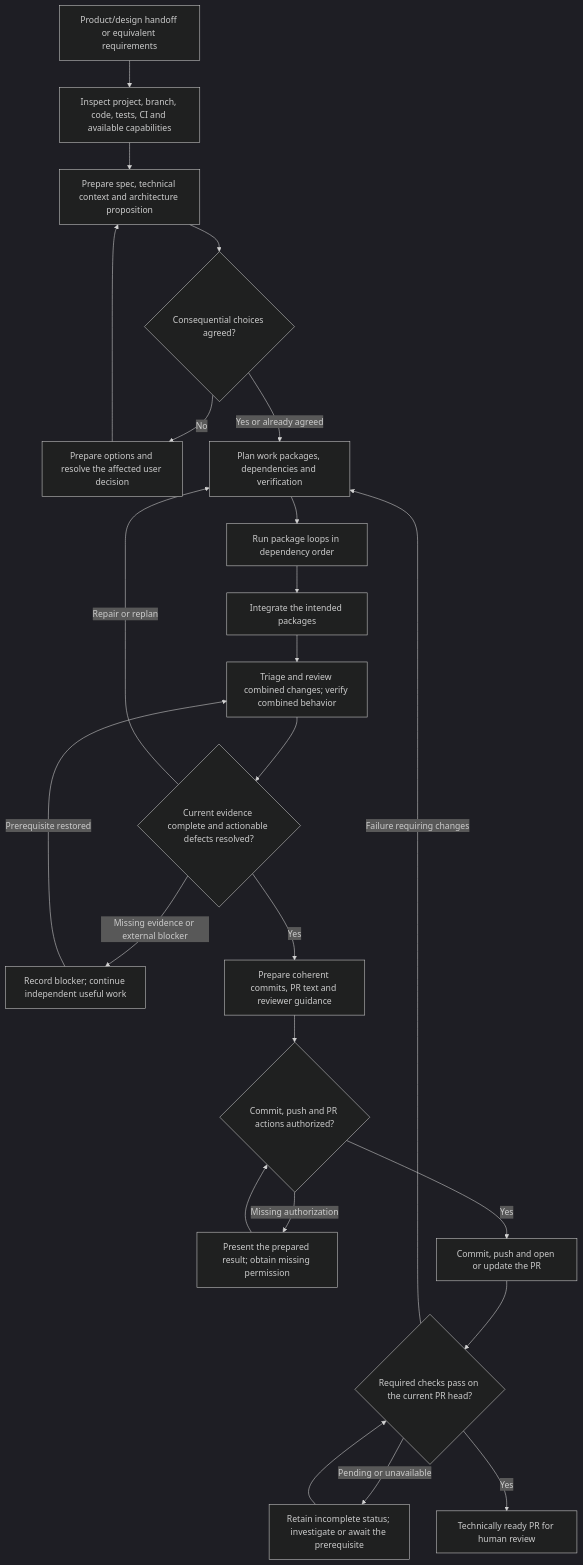
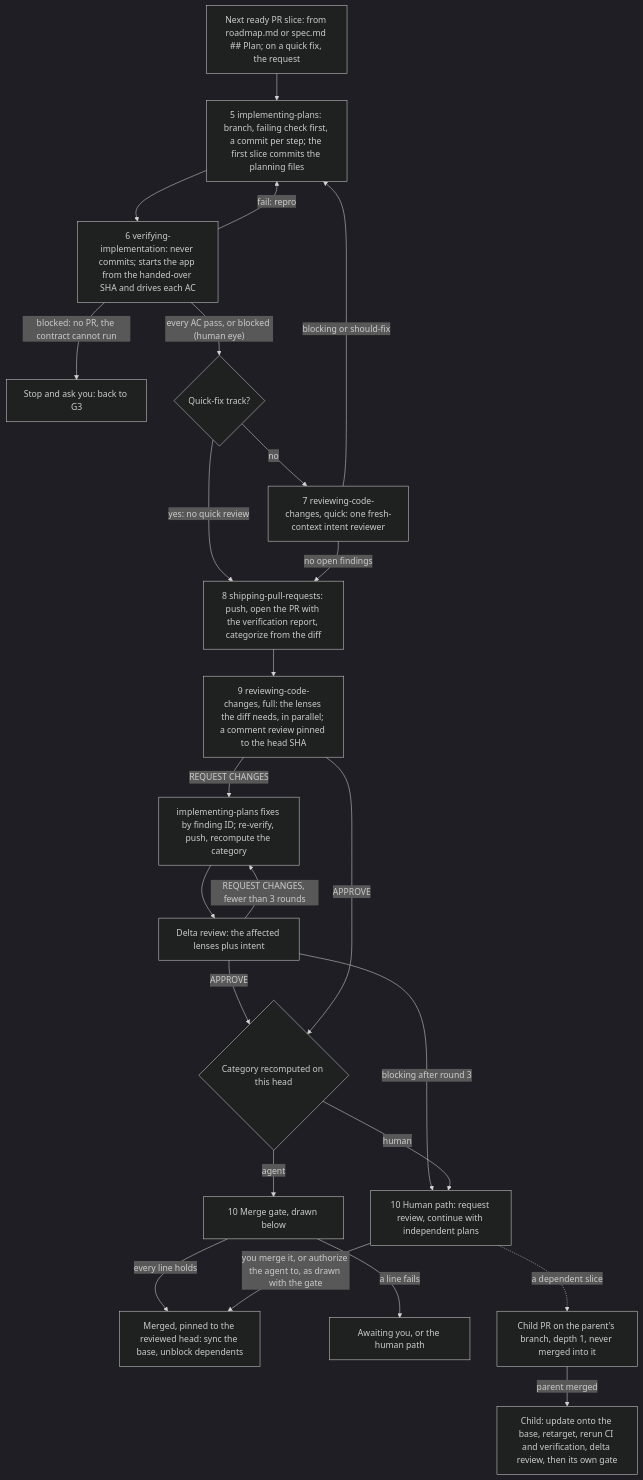
The second of 3 diagrams in evaluations/product-engineering/README.md (theultimate-dev/skills), drawn with Mermaid (dark theme) before and after one commit. The commit also changed other lines of this file and 11 other files, not shown here.

````diff
--- a/evaluations/product-engineering/README.md
+++ b/evaluations/product-engineering/README.md
@@ -9,26 +44,26 @@
 ```mermaid
 flowchart TD
-    Input["Product/design handoff or equivalent requirements"] --> Ground["Inspect project, branch, code, tests, CI and available capabilities"]
-    Ground --> Context["Prepare spec, technical context and architecture proposition"]
-    Context --> Agreement{"Consequential choices agreed?"}
-    Agreement -- "No" --> User["Prepare options and resolve the affected user decision"]
-    User --> Context
-    Agreement -- "Yes or already agreed" --> Plan["Plan work packages, dependencies and verification"]
-    Plan --> Packages["Run package loops in dependency order"]
-    Packages --> Integrate["Integrate the intended packages"]
-    Integrate --> Aggregate["Triage and review combined changes; verify combined behavior"]
-    Aggregate --> Ready{"Current evidence complete and actionable defects resolved?"}
-    Ready -- "Repair or replan" --> Plan
-    Ready -- "Missing evidence or external blocker" --> Hold["Record blocker; continue independent useful work"]
-    Hold -- "Prerequisite restored" --> Aggregate
-    Ready -- "Yes" --> Prepare["Prepare coherent commits, PR text and reviewer guidance"]
-    Prepare --> Authorization{"Commit, push and PR actions authorized?"}
-    Authorization -- "Missing authorization" --> Approval["Present the prepared result; obtain missing permission"]
-    Approval --> Authorization
-    Authorization -- "Yes" --> Publish["Commit, push and open or update the PR"]
-    Publish --> CI{"Required checks pass on the current PR head?"}
-    CI -- "Failure requiring changes" --> Plan
-    CI -- "Pending or unavailable" --> Pending["Retain incomplete status; investigate or await the prerequisite"]
-    Pending --> CI
-    CI -- "Yes" --> Handoff["Technically ready PR for human review"]
+    Slice["Next ready PR slice: from roadmap.md or spec.md ## Plan; on a quick fix, the request"] --> Impl["5 implementing-plans: branch, failing check first, a commit per step; the first slice commits the planning files"]
+    Impl --> Verify["6 verifying-implementation: never commits; starts the app from the handed-over SHA and drives each AC"]
+    Verify -- "fail: repro" --> Impl
+    Verify -- "blocked: no PR, the contract cannot run" --> Ask["Stop and ask you: back to G3"]
+    Verify -- "every AC pass, or blocked (human eye)" --> QuickFix{"Quick-fix track?"}
+    QuickFix -- "no" --> Quick["7 reviewing-code-changes, quick: one fresh-context intent reviewer"]
+    QuickFix -- "yes: no quick review" --> Open
+    Quick -- "blocking or should-fix" --> Impl
+    Quick -- "no open findings" --> Open["8 shipping-pull-requests: push, open the PR with the verification report, categorize from the diff"]
+    Open --> Full["9 reviewing-code-changes, full: the lenses the diff needs, in parallel; a comment review pinned to the head SHA"]
+    Full -- "REQUEST CHANGES" --> Fix["implementing-plans fixes by finding ID; re-verify, push, recompute the category"]
+    Fix --> Delta["Delta review: the affected lenses plus intent"]
+    Delta -- "REQUEST CHANGES, fewer than 3 rounds" --> Fix
+    Delta -- "APPROVE" --> Category{"Category recomputed on this head"}
+    Full -- "APPROVE" --> Category
+    Delta -- "blocking after round 3" --> HumanPR
+    Category -- "agent" --> Gate["10 Merge gate, drawn below"]
+    Category -- "human" --> HumanPR["10 Human path: request review, continue with independent plans"]
+    Gate -- "every line holds" --> Merged["Merged, pinned to the reviewed head: sync the base, unblock dependents"]
+    Gate -- "a line fails" --> Held["Awaiting you, or the human path"]
+    HumanPR -- "you merge it, or authorize the agent to, as drawn with the gate" --> Merged
+    HumanPR -. "a dependent slice" .-> Child["Child PR on the parent's branch, depth 1, never merged into it"]
+    Child -- "parent merged" --> Update["Child: update onto the base, retarget, rerun CI and verification, delta review, then its own gate"]
 ```
````
